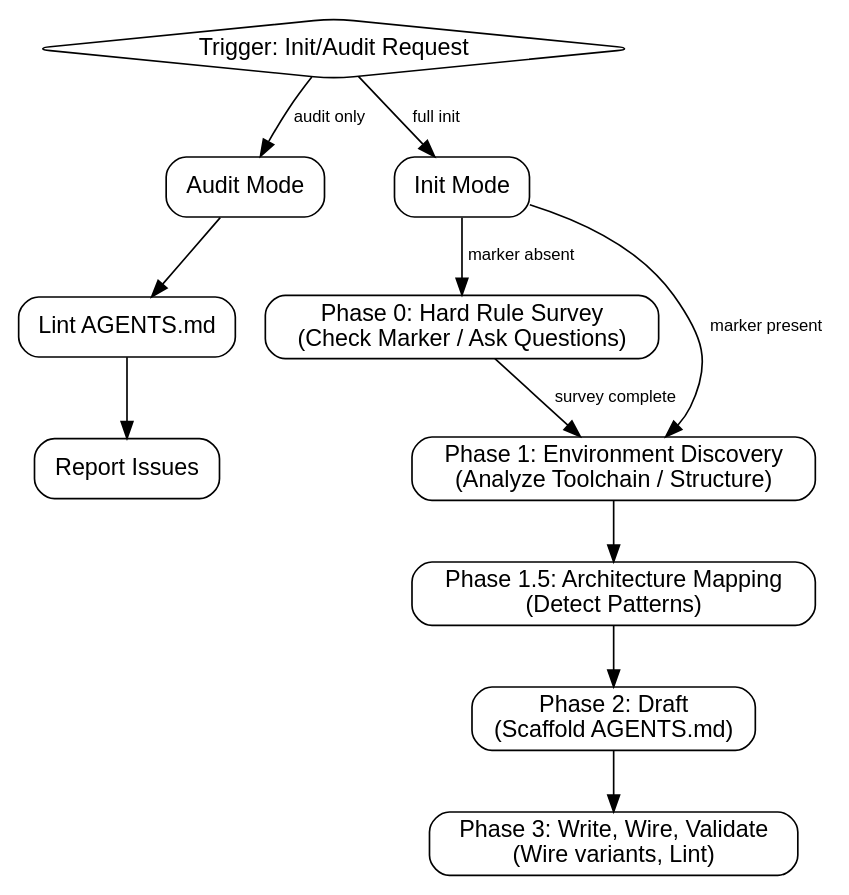
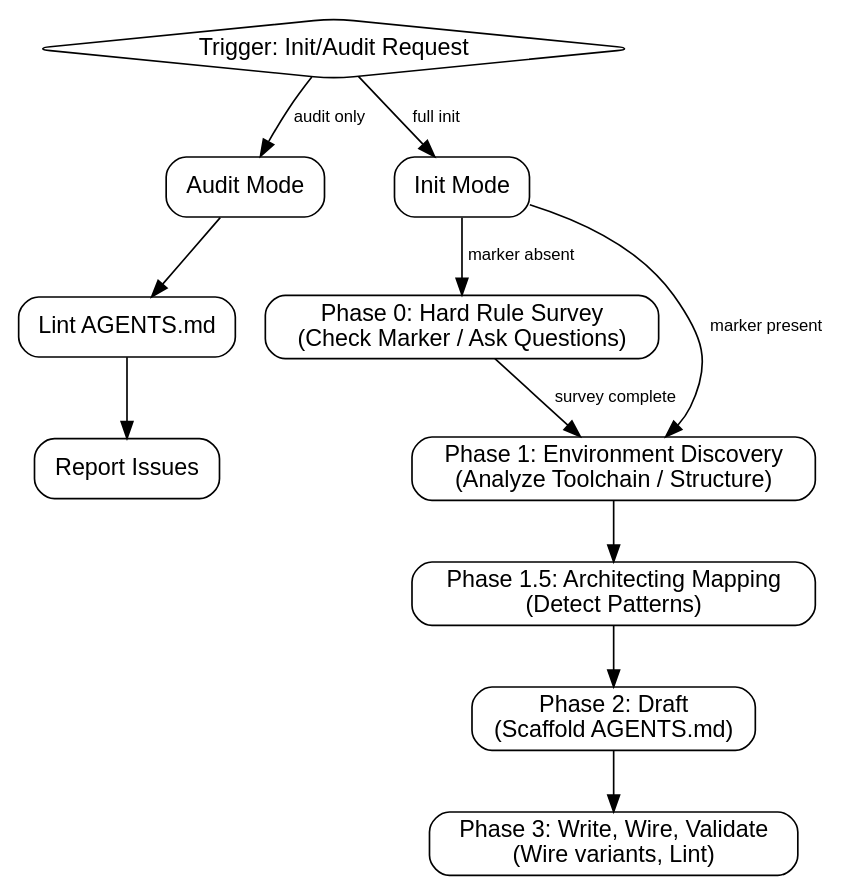
One commit to j0hanz/claude-agent-dev-plugin changed the diagram in skills/codebase-init/SKILL.md. Above: the diagram before and after it, drawn with Graphviz. The commit also changed other lines of this file and 2 other files, not shown here.

````diff
--- a/skills/codebase-init/SKILL.md
+++ b/skills/codebase-init/SKILL.md
@@ -15,32 +15,32 @@
 ```dot
 digraph codebase_init {
   rankdir=TB;
   node [shape=box, style=rounded, fontname="Helvetica"];
   edge [fontname="Helvetica", fontsize=10];
 
   Trigger [label="Trigger: Init/Audit Request", shape=diamond];
   AuditMode [label="Audit Mode"];
   InitMode [label="Init Mode"];
 
   // Audit Flow
   LintAudit [label="Lint AGENTS.md"];
   ReportAudit [label="Report Issues"];
 
   // Init Flow
   Phase0 [label="Phase 0: Hard Rule Survey\n(Check Marker / Ask Questions)"];
   Phase1 [label="Phase 1: Environment Discovery\n(Analyze Toolchain / Structure)"];
-  Phase1_5 [label="Phase 1.5: Architecture Mapping\n(Detect Patterns)"];
+  Phase1_5 [label="Phase 1.5: Architecting Mapping\n(Detect Patterns)"];
   Phase2 [label="Phase 2: Draft\n(Scaffold AGENTS.md)"];
   Phase3 [label="Phase 3: Write, Wire, Validate\n(Wire variants, Lint)"];
 
   Trigger -> AuditMode [label="audit only"];
   Trigger -> InitMode [label="full init"];
 
   AuditMode -> LintAudit -> ReportAudit;
 
   InitMode -> Phase0 [label="marker absent"];
   Phase0 -> Phase1 [label="survey complete"];
   InitMode -> Phase1 [label="marker present"];
   Phase1 -> Phase1_5 -> Phase2 -> Phase3;
 }
 ```
````
